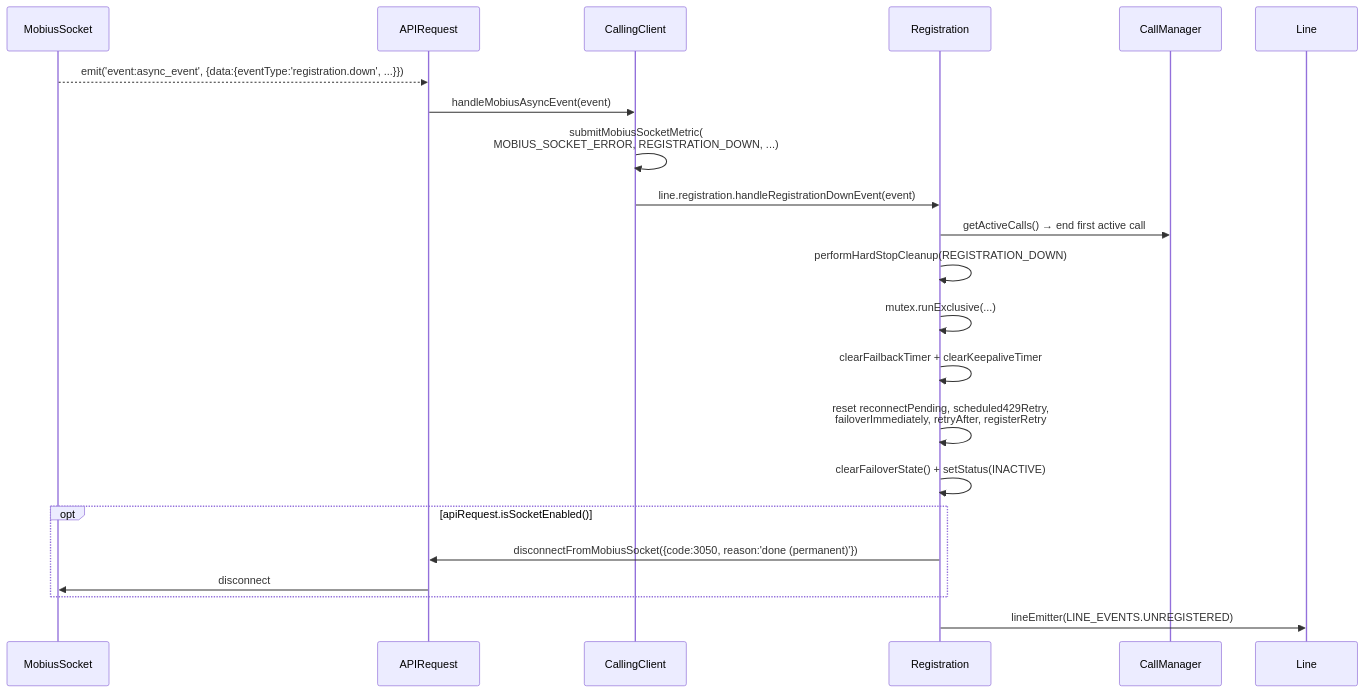
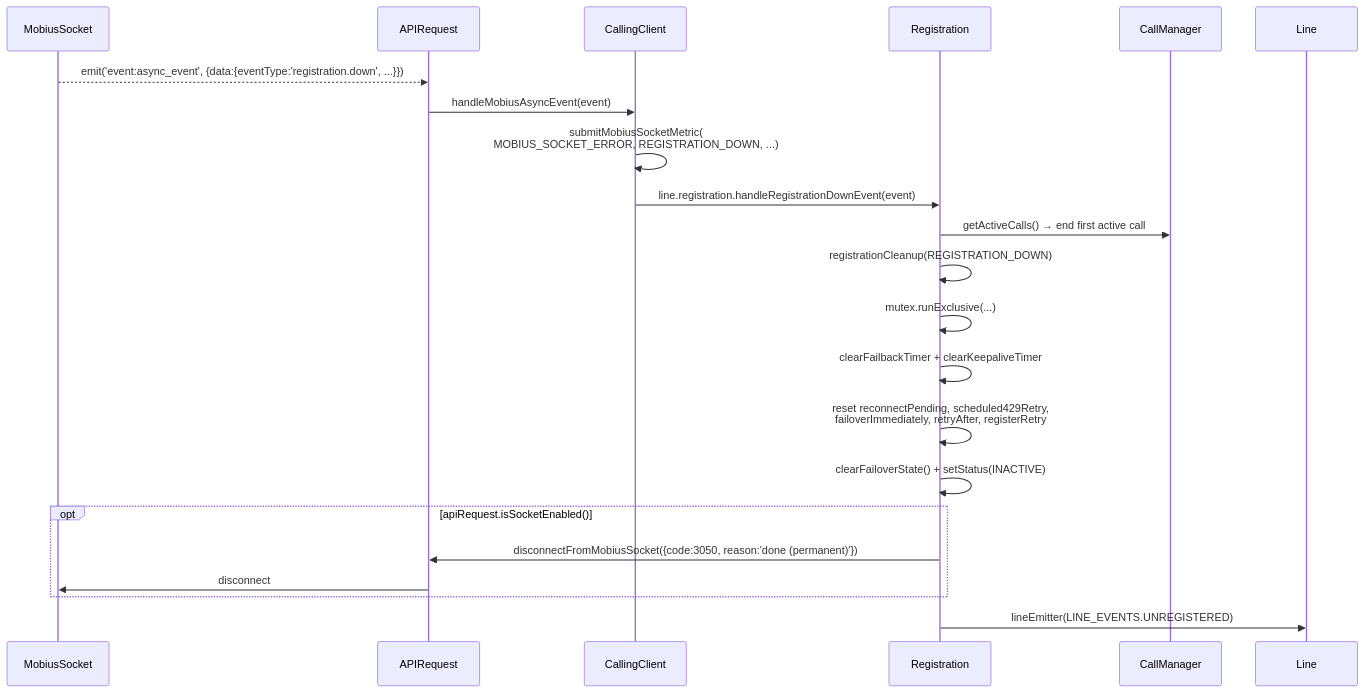
The tenth of 11 diagrams in packages/calling/src/CallingClient/registration/ai-docs/ARCHITECTURE.md (webex/webex-js-sdk), drawn with Mermaid before and after one commit. The commit also changed other lines of this file and 20 other files, not shown here.

````diff
--- a/packages/calling/src/CallingClient/registration/ai-docs/ARCHITECTURE.md
+++ b/packages/calling/src/CallingClient/registration/ai-docs/ARCHITECTURE.md
@@ -504,29 +504,29 @@
 ```mermaid
 sequenceDiagram
     participant MS as MobiusSocket
     participant API as APIRequest
     participant CC as CallingClient
     participant Reg as Registration
     participant CM as CallManager
     participant Line as Line
 
     MS-->>API: emit('event:async_event', {data:{eventType:'registration.down', ...}})
     API->>CC: handleMobiusAsyncEvent(event)
     CC->>CC: submitMobiusSocketMetric(<br/>MOBIUS_SOCKET_ERROR, REGISTRATION_DOWN, ...)
     CC->>Reg: line.registration.handleRegistrationDownEvent(event)
 
     Reg->>CM: getActiveCalls() → end first active call
-    Reg->>Reg: performHardStopCleanup(REGISTRATION_DOWN)
+    Reg->>Reg: registrationCleanup(REGISTRATION_DOWN)
 
     Reg->>Reg: mutex.runExclusive(...)
     Reg->>Reg: clearFailbackTimer + clearKeepaliveTimer
     Reg->>Reg: reset reconnectPending, scheduled429Retry,<br/>failoverImmediately, retryAfter, registerRetry
     Reg->>Reg: clearFailoverState() + setStatus(INACTIVE)
 
     opt apiRequest.isSocketEnabled()
         Reg->>API: disconnectFromMobiusSocket({code:3050, reason:'done (permanent)'})
         API->>MS: disconnect
     end
 
     Reg->>Line: lineEmitter(LINE_EVENTS.UNREGISTERED)
 ```
````
